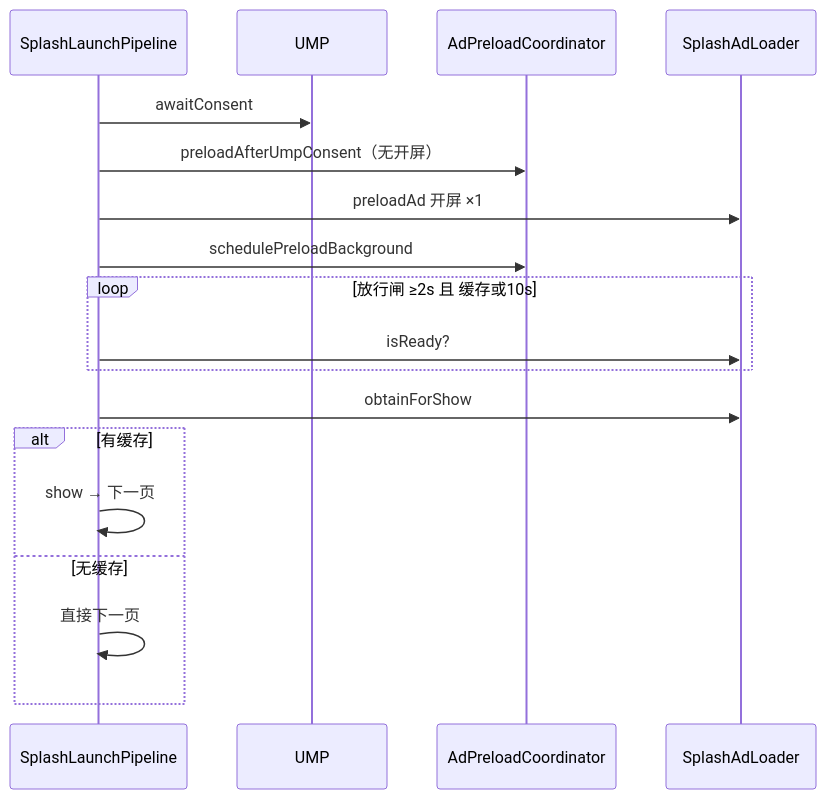
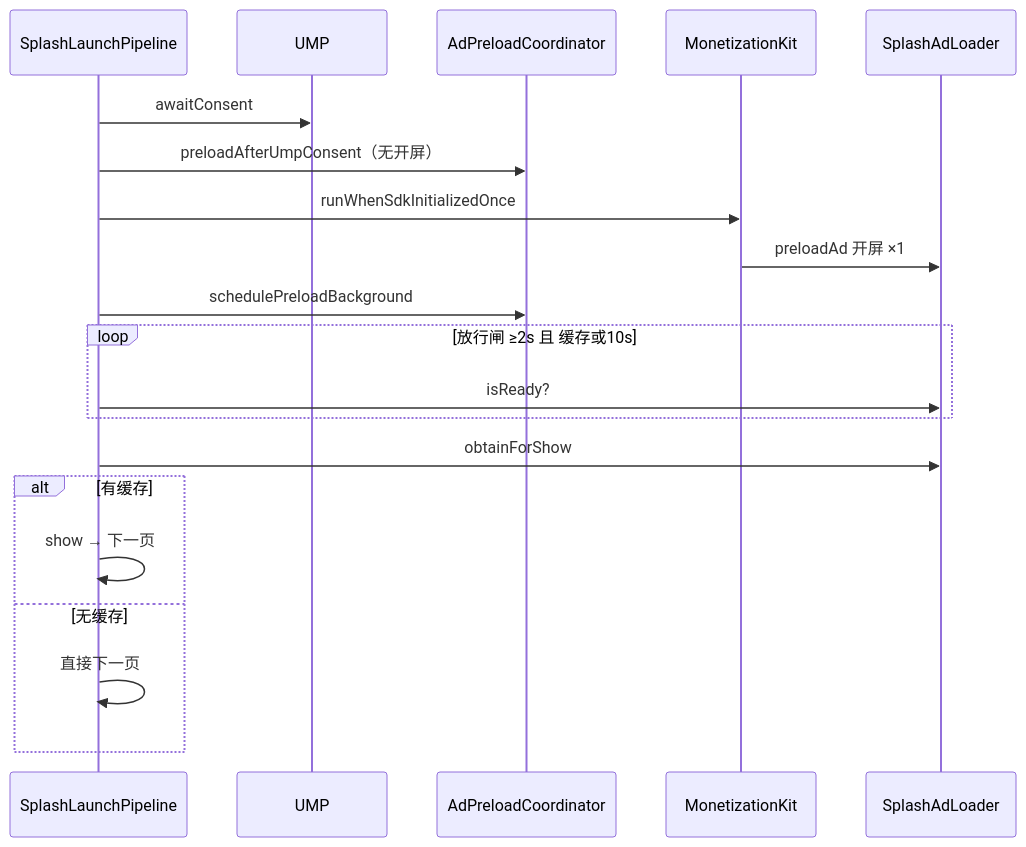
One commit to captainGithubAccount/skill changed the fifth of 6 diagrams in admob广告/流程图.md. Above: the diagram before and after it, drawn with Mermaid. The commit also changed other lines of this file and 8 other files, not shown here.

````diff
--- a/admob广告/流程图.md
+++ b/admob广告/流程图.md
@@ -57,21 +57,23 @@
 ```mermaid
 sequenceDiagram
     participant S as SplashLaunchPipeline
     participant UMP as UMP
     participant C as AdPreloadCoordinator
+    participant MK as MonetizationKit
     participant L as SplashAdLoader
 
     S->>UMP: awaitConsent
     S->>C: preloadAfterUmpConsent（无开屏）
-    S->>L: preloadAd 开屏 ×1
+    S->>MK: runWhenSdkInitializedOnce
+    MK->>L: preloadAd 开屏 ×1
     S->>C: schedulePreloadBackground
     loop 放行闸 ≥2s 且 缓存或10s
         S->>L: isReady?
     end
     S->>L: obtainForShow
     alt 有缓存
         S->>S: show → 下一页
     else 无缓存
         S->>S: 直接下一页
     end
 ```
````
